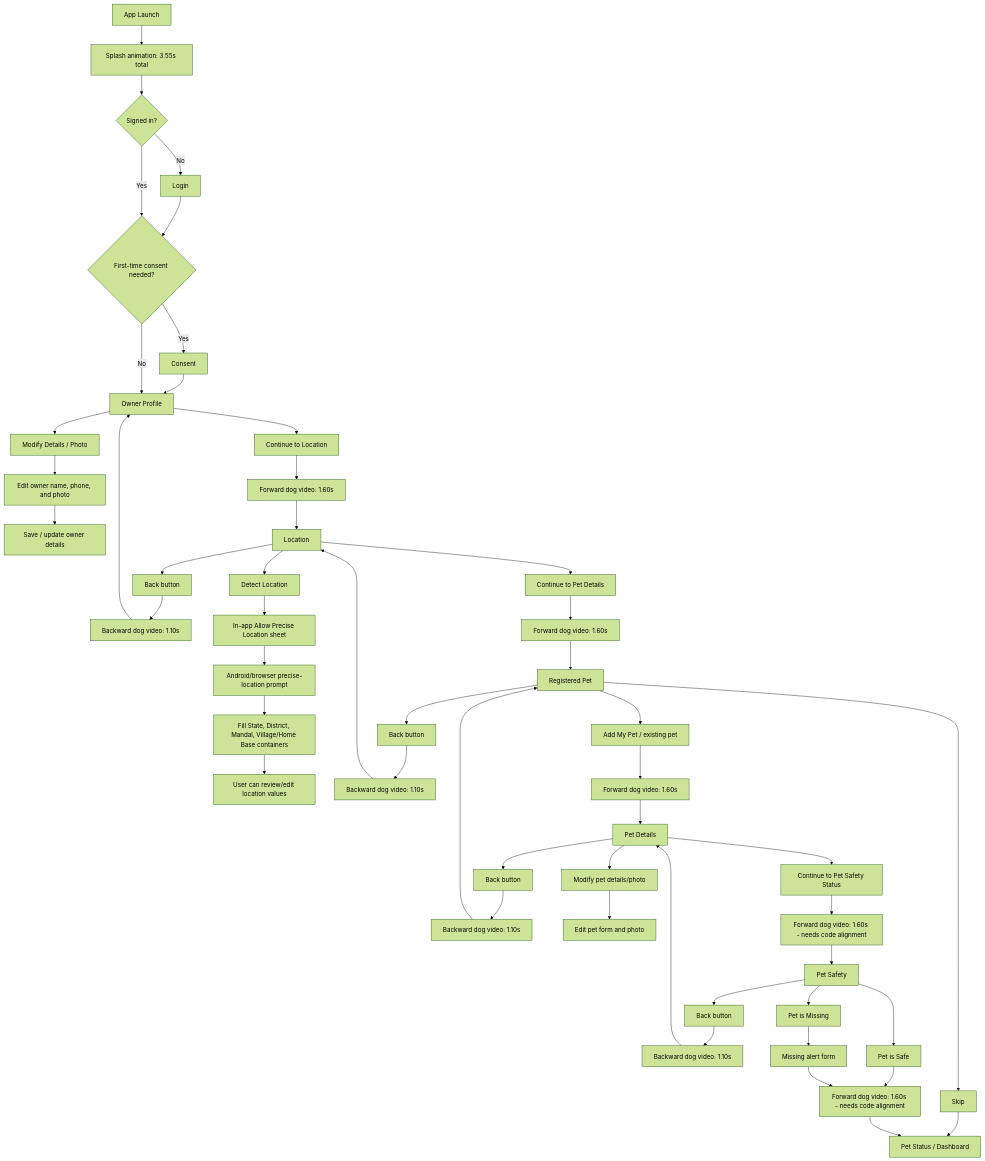
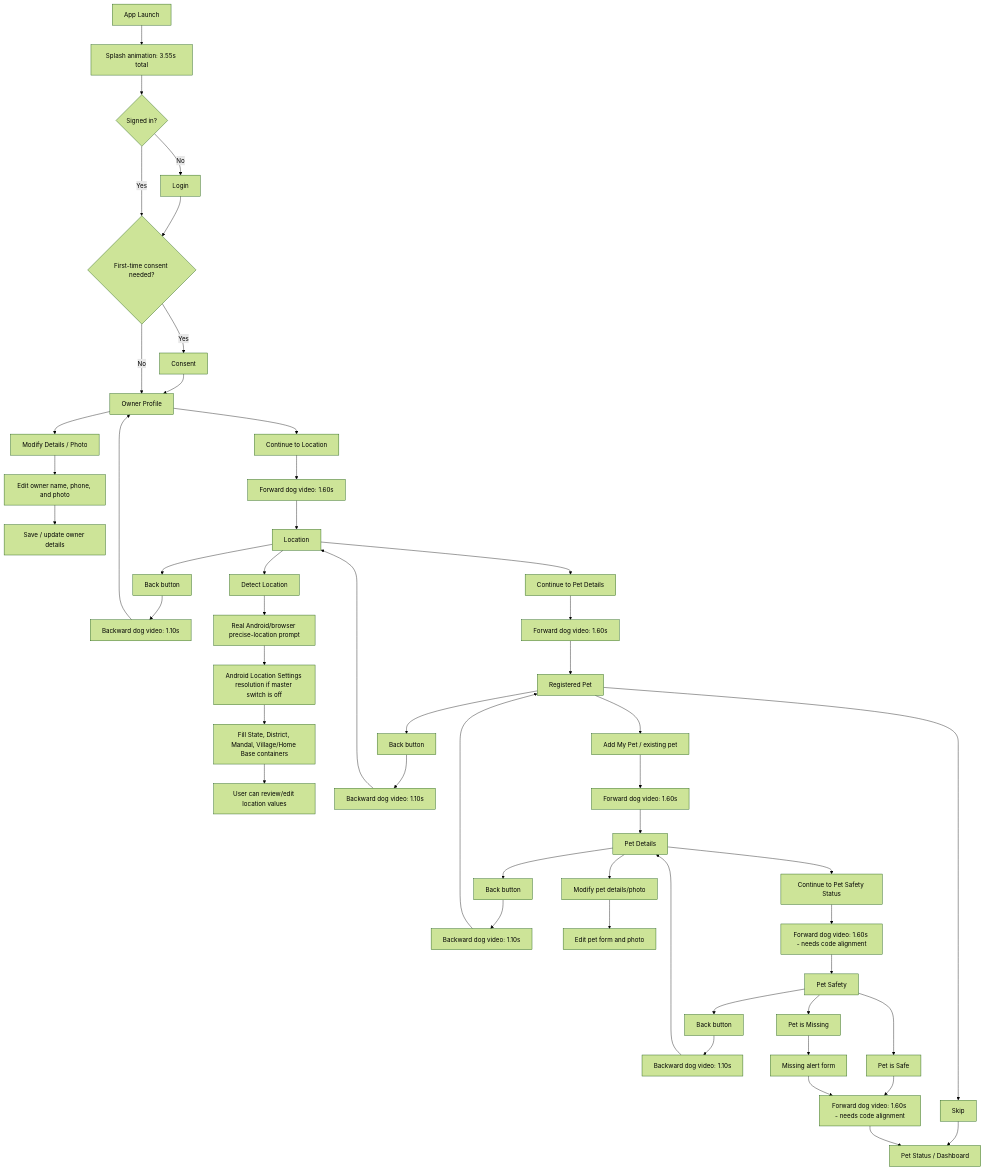
The seventh of 9 diagrams in docs/navigation-flow.md (jksurampudi5/findlostpuppy), drawn with Mermaid (forest theme) before and after one commit. The commit also changed other lines of this file and 7 other files, not shown here.

Commit message:
Update docs for final location detection flow

````diff
--- a/docs/navigation-flow.md
+++ b/docs/navigation-flow.md
@@ -284,58 +284,58 @@
 ```mermaid
 flowchart TD
   A[App Launch] --> B[Splash animation: 3.55s total]
   B --> C{Signed in?}
   C -- No --> D[Login]
   D --> E{First-time consent needed?}
   C -- Yes --> E
   E -- Yes --> F[Consent]
   F --> G[Owner Profile]
   E -- No --> G
 
   G --> G1[Modify Details / Photo]
   G1 --> G2[Edit owner name, phone, and photo]
   G2 --> G3[Save / update owner details]
   G --> G4[Continue to Location]
   G4 --> H[Forward dog video: 1.60s]
   H --> I[Location]
 
   I --> I1[Back button]
   I1 --> I2[Backward dog video: 1.10s]
   I2 --> G
   I --> I3[Detect Location]
-  I3 --> I3A[In-app Allow Precise Location sheet]
-  I3A --> I3B[Android/browser precise-location prompt]
+  I3 --> I3A[Real Android/browser precise-location prompt]
+  I3A --> I3B[Android Location Settings resolution if master switch is off]
   I3B --> I4[Fill State, District, Mandal, Village/Home Base containers]
   I4 --> I5[User can review/edit location values]
   I --> I6[Continue to Pet Details]
   I6 --> J[Forward dog video: 1.60s]
   J --> K[Registered Pet]
 
   K --> K1[Back button]
   K1 --> K2[Backward dog video: 1.10s]
   K2 --> I
   K --> K3[Add My Pet / existing pet]
   K3 --> L[Forward dog video: 1.60s]
   L --> M[Pet Details]
   K --> K4[Skip]
   K4 --> Z[Pet Status / Dashboard]
 
   M --> M1[Back button]
   M1 --> M2[Backward dog video: 1.10s]
   M2 --> K
   M --> M3[Modify pet details/photo]
   M3 --> M4[Edit pet form and photo]
   M --> M5[Continue to Pet Safety Status]
   M5 --> N[Forward dog video: 1.60s - needs code alignment]
   N --> O[Pet Safety]
 
   O --> O1[Back button]
   O1 --> O2[Backward dog video: 1.10s]
   O2 --> M
   O --> O3[Pet is Safe]
   O3 --> P[Forward dog video: 1.60s - needs code alignment]
   O --> O4[Pet is Missing]
   O4 --> O5[Missing alert form]
   O5 --> P
   P --> Z
 ```
````
